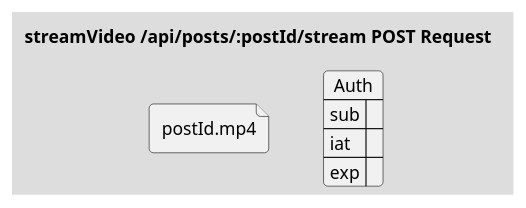
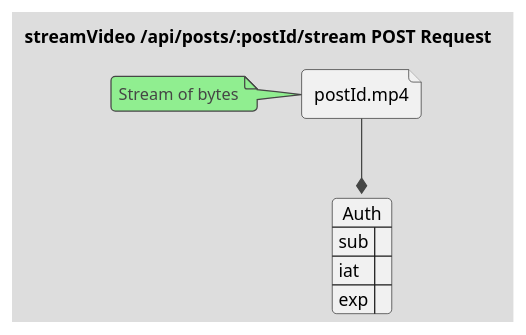
The first of 2 diagrams in api/src/Posts/:postId/stream/POST/streamVideo.puml (crah-app/diagrams), drawn with PlantUML before and after one commit. The commit also changed 16 other files, not shown here.

```diff
--- a/api/src/Posts/:postId/stream/POST/streamVideo.puml
+++ b/api/src/Posts/:postId/stream/POST/streamVideo.puml
@@ -1,12 +1,19 @@
 @startuml streamVideo-Request
 !theme toy
+skinparam linetype ortho
 title "streamVideo /api/posts/:postId/stream POST Request"
 
 file "postId.mp4"
+
+note left of "postId.mp4"
+    Stream of bytes
+end note
 
 json Auth {
     "sub": "",
     "iat": "",
     "exp": ""
 }
+
+"postId.mp4" --* Auth
 @enduml
```
